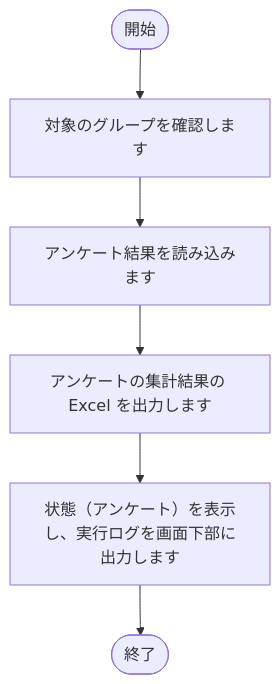
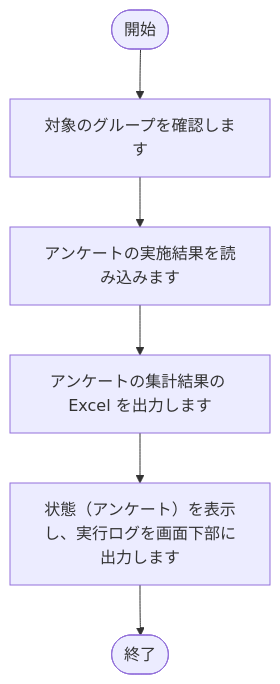
One commit to nishida2073/project_management changed the seventh of 28 diagrams in tool/track-aggregator/doc/02_設計/処理フロー.md. Above: the diagram before and after it, drawn with Mermaid. The commit also changed other lines of this file and 15 other files, not shown here.

````diff
--- a/tool/track-aggregator/doc/02_設計/処理フロー.md
+++ b/tool/track-aggregator/doc/02_設計/処理フロー.md
@@ -184,14 +184,14 @@
 ```mermaid
 flowchart TD
     S(["開始"])
     E(["終了"])
     N1["対象のグループを確認します"]
     S --> N1
-    N2["アンケート結果を読み込みます"]
+    N2["アンケートの実施結果を読み込みます"]
     N1 --> N2
     N3["アンケートの集計結果の Excel を出力します"]
     N2 --> N3
     N4["状態（アンケート）を表示し、実行ログを画面下部に出力します"]
     N3 --> N4
     N4 --> E
 ```
````
